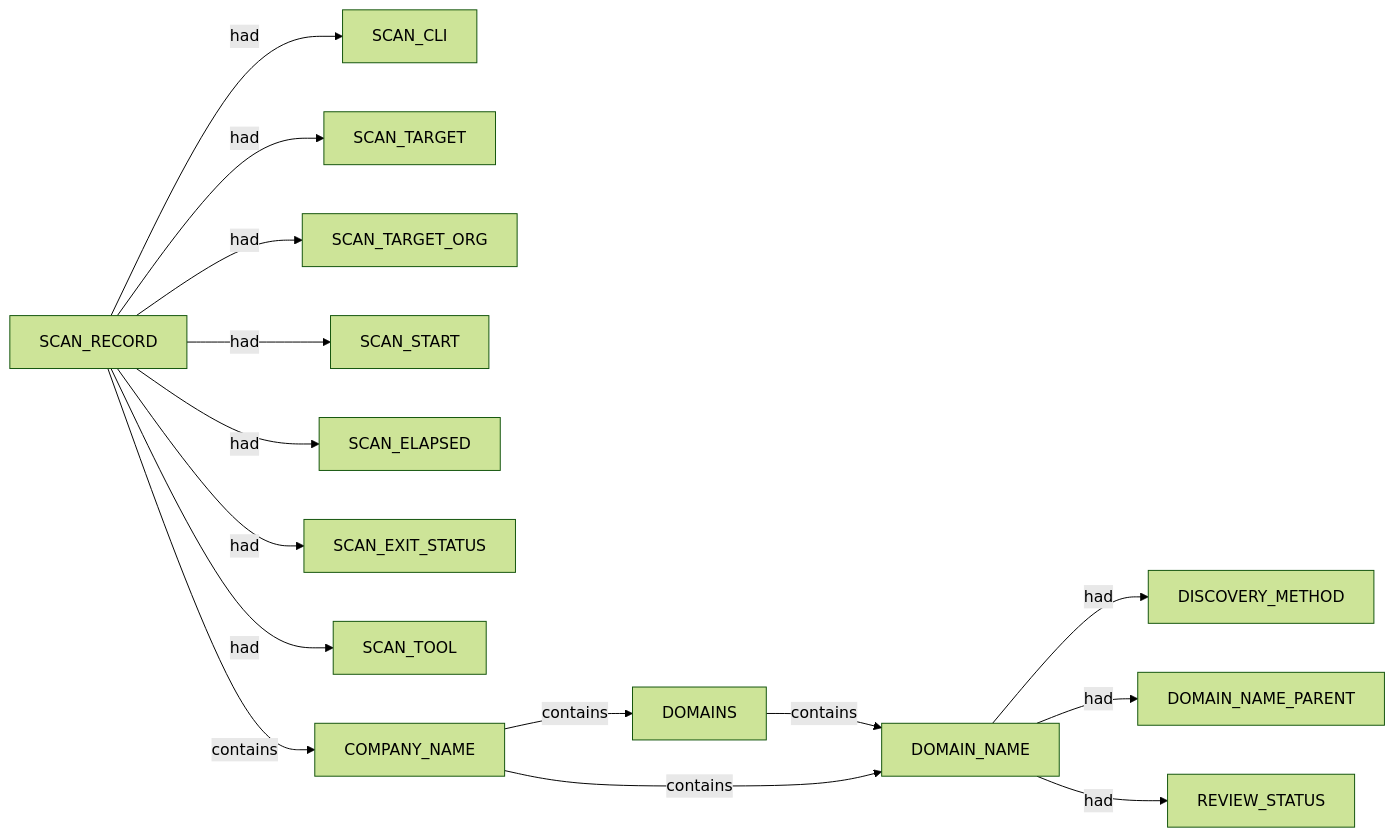
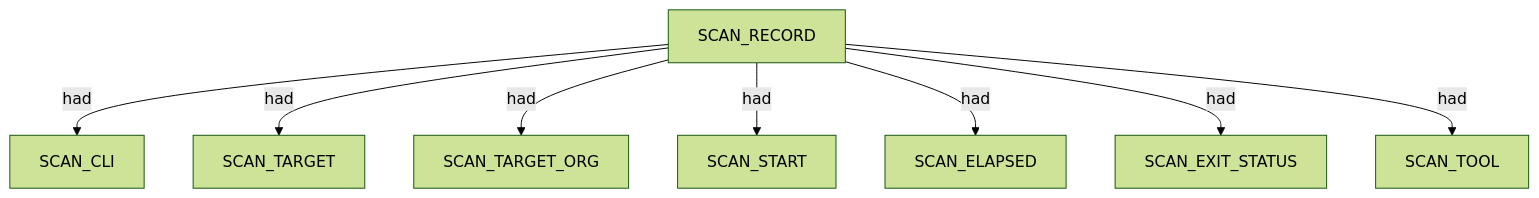
The first of 7 diagrams in .docs/docs-for-cli-tools/nugget_structure/pius_corporate_squarepeg_ndjson_proposed_nuggets_edges_description.md (brettforbes/spiderfeet), drawn with Mermaid (forest theme) before and after one commit. The commit also changed other lines of this file and 17 other files, not shown here.

````diff
--- a/.docs/docs-for-cli-tools/nugget_structure/pius_corporate_squarepeg_ndjson_proposed_nuggets_edges_description.md
+++ b/.docs/docs-for-cli-tools/nugget_structure/pius_corporate_squarepeg_ndjson_proposed_nuggets_edges_description.md
@@ -22,17 +13,18 @@
 ```mermaid
-flowchart LR
-  SCAN_RECORD -->|had| SCAN_CLI
-  SCAN_RECORD -->|had| SCAN_TARGET
-  SCAN_RECORD -->|had| SCAN_TARGET_ORG
-  SCAN_RECORD -->|had| SCAN_START
-  SCAN_RECORD -->|had| SCAN_ELAPSED
-  SCAN_RECORD -->|had| SCAN_EXIT_STATUS
-  SCAN_RECORD -->|had| SCAN_TOOL
-  SCAN_RECORD -->|contains| COMPANY_NAME
-  DOMAIN_NAME -->|had| DISCOVERY_METHOD
-  DOMAIN_NAME -->|had| DOMAIN_NAME_PARENT
-  COMPANY_NAME -->|contains| DOMAINS
-  DOMAINS -->|contains| DOMAIN_NAME
-  COMPANY_NAME -->|contains| DOMAIN_NAME
-  DOMAIN_NAME -->|had| REVIEW_STATUS
+flowchart TD
+  scan_record_1["SCAN_RECORD"]
+  scan_cli_2["SCAN_CLI"]
+  scan_record_1 -->|had| scan_cli_2
+  scan_target_3["SCAN_TARGET"]
+  scan_record_1 -->|had| scan_target_3
+  scan_target_org_4["SCAN_TARGET_ORG"]
+  scan_record_1 -->|had| scan_target_org_4
+  scan_start_5["SCAN_START"]
+  scan_record_1 -->|had| scan_start_5
+  scan_elapsed_6["SCAN_ELAPSED"]
+  scan_record_1 -->|had| scan_elapsed_6
+  scan_exit_status_7["SCAN_EXIT_STATUS"]
+  scan_record_1 -->|had| scan_exit_status_7
+  scan_tool_8["SCAN_TOOL"]
+  scan_record_1 -->|had| scan_tool_8
 ```
````
